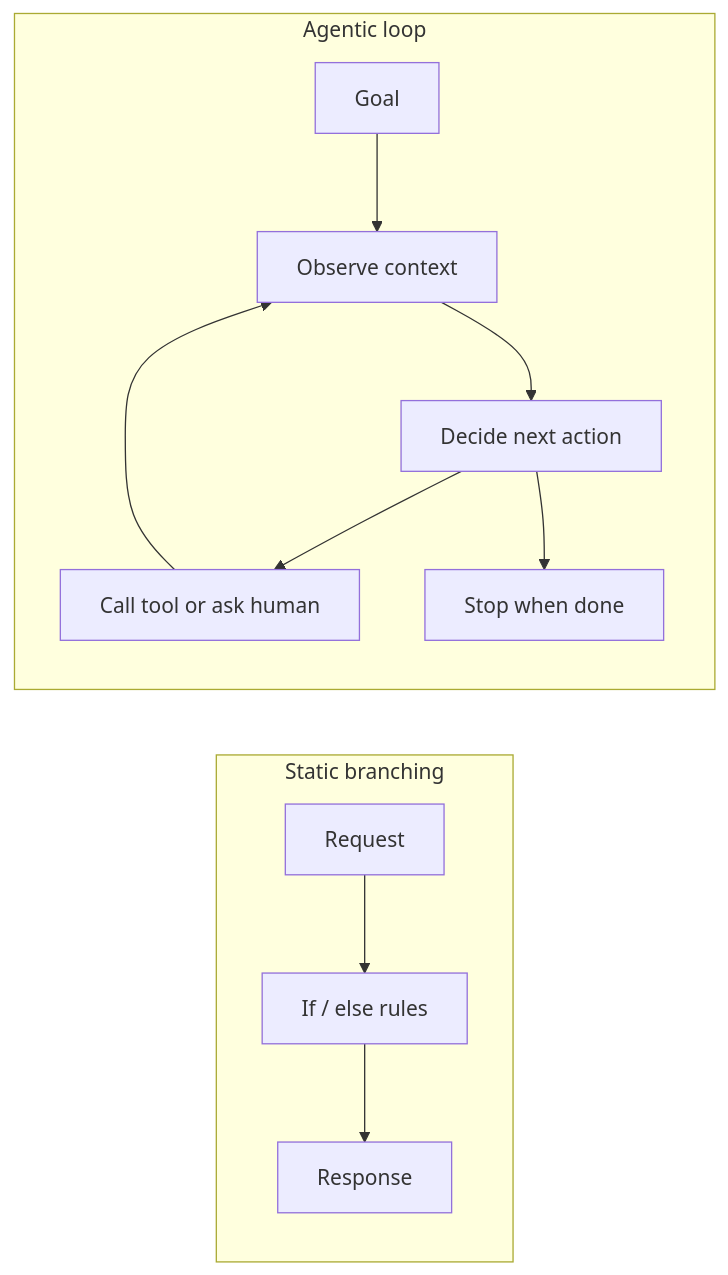
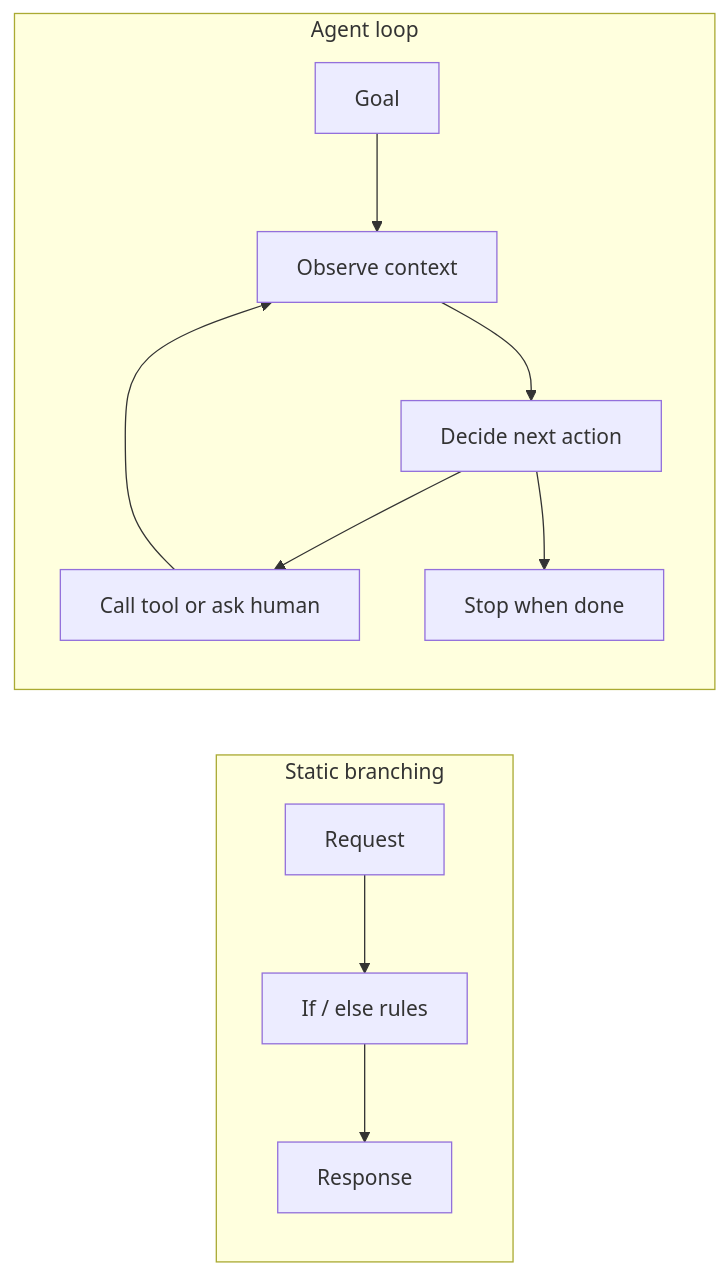
The third of 13 diagrams in book/chapters/chapter-05-transitioning-from-traditional-engineering-to-agentic-ai.md (naren-allam/agents-beginners), drawn with Mermaid before and after one commit. The commit also changed other lines of this file and 28 other files, not shown here.

````diff
--- a/book/chapters/chapter-05-transitioning-from-traditional-engineering-to-agentic-ai.md
+++ b/book/chapters/chapter-05-transitioning-from-traditional-engineering-to-agentic-ai.md
@@ -51,15 +51,15 @@
 ```mermaid
 flowchart LR
     subgraph Static["Static branching"]
         Request["Request"] --> IfElse["If / else rules"]
         IfElse --> Response["Response"]
     end
 
-    subgraph Dynamic["Agentic loop"]
+    subgraph Dynamic["Agent loop"]
         Goal["Goal"] --> Observe["Observe context"]
         Observe --> Decide["Decide next action"]
         Decide --> Act["Call tool or ask human"]
         Act --> Observe
         Decide --> Stop["Stop when done"]
     end
 ```
````
